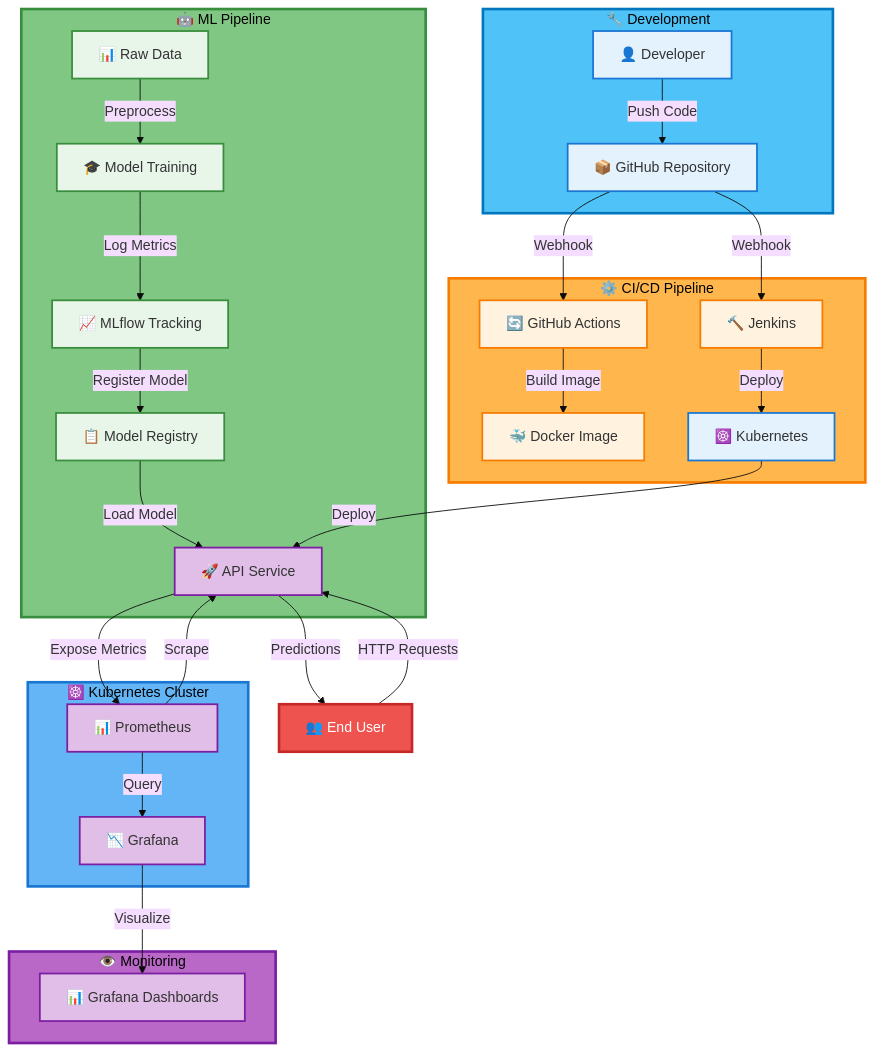
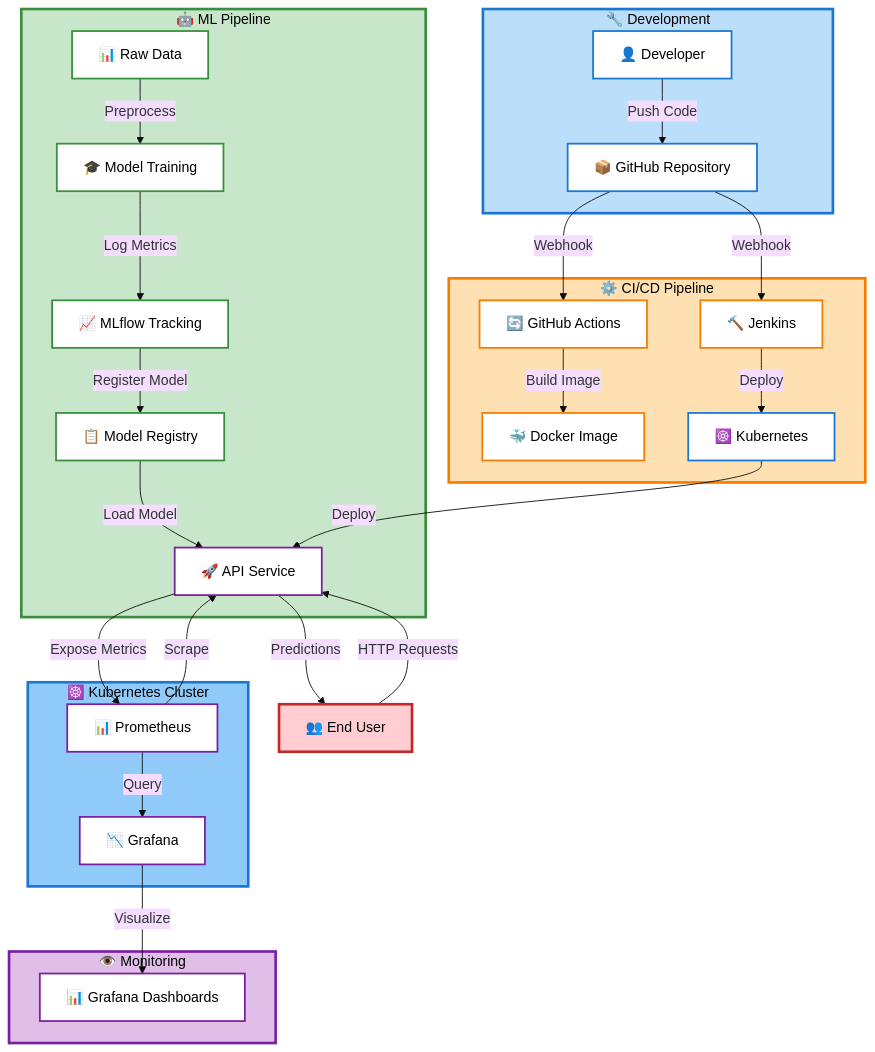
One commit to 2024aa05820/heart-disease-mlops changed the first of 9 diagrams in README.md. Above: the diagram before and after it, drawn with Mermaid (base theme). The commit also changed other lines of this file, not shown here.

First line of the commit message:
Fix Mermaid diagram text visibility - use white backgrounds for nodes

````diff
--- a/README.md
+++ b/README.md
@@ -60,55 +60,55 @@
 ```mermaid
 graph TB
     subgraph DEV_GRP["🔧 Development"]
         DEV["👤 Developer"] -->|Push Code| GIT["📦 GitHub Repository"]
     end
     
     subgraph CICD["⚙️ CI/CD Pipeline"]
         GIT -->|Webhook| GA["🔄 GitHub Actions"]
         GIT -->|Webhook| JEN["🔨 Jenkins"]
         GA -->|Build Image| DOCKER["🐳 Docker Image"]
         JEN -->|Deploy| K8S["☸️ Kubernetes"]
     end
     
     subgraph ML["🤖 ML Pipeline"]
         DATA["📊 Raw Data"] -->|Preprocess| TRAIN["🎓 Model Training"]
         TRAIN -->|Log Metrics| MLFLOW["📈 MLflow Tracking"]
         MLFLOW -->|Register Model| REGISTRY["📋 Model Registry"]
         REGISTRY -->|Load Model| API["🚀 API Service"]
     end
     
     subgraph K8S_GRP["☸️ Kubernetes Cluster"]
         K8S -->|Deploy| API
         API -->|Expose Metrics| PROM["📊 Prometheus"]
         PROM -->|Query| GRAF["📉 Grafana"]
     end
     
     subgraph MON_GRP["👁️ Monitoring"]
         PROM -->|Scrape| API
         GRAF -->|Visualize| DASH["📊 Grafana Dashboards"]
     end
     
     USER["👥 End User"] -->|HTTP Requests| API
     API -->|Predictions| USER
     
-    style DEV_GRP fill:#4FC3F7,stroke:#0277BD,stroke-width:3px,color:#000
-    style CICD fill:#FFB74D,stroke:#F57C00,stroke-width:3px,color:#000
-    style ML fill:#81C784,stroke:#388E3C,stroke-width:3px,color:#000
-    style K8S_GRP fill:#64B5F6,stroke:#1976D2,stroke-width:3px,color:#000
-    style MON_GRP fill:#BA68C8,stroke:#7B1FA2,stroke-width:3px,color:#000
-    style USER fill:#EF5350,stroke:#C62828,stroke-width:3px,color:#FFF
-    style DEV fill:#E3F2FD,stroke:#1976D2,stroke-width:2px
-    style GIT fill:#E3F2FD,stroke:#1976D2,stroke-width:2px
-    style GA fill:#FFF3E0,stroke:#F57C00,stroke-width:2px
-    style JEN fill:#FFF3E0,stroke:#F57C00,stroke-width:2px
-    style DOCKER fill:#FFF3E0,stroke:#F57C00,stroke-width:2px
-    style K8S fill:#E3F2FD,stroke:#1976D2,stroke-width:2px
-    style DATA fill:#E8F5E9,stroke:#388E3C,stroke-width:2px
-    style TRAIN fill:#E8F5E9,stroke:#388E3C,stroke-width:2px
-    style MLFLOW fill:#E8F5E9,stroke:#388E3C,stroke-width:2px
-    style REGISTRY fill:#E8F5E9,stroke:#388E3C,stroke-width:2px
-    style API fill:#E1BEE7,stroke:#7B1FA2,stroke-width:2px
-    style PROM fill:#E1BEE7,stroke:#7B1FA2,stroke-width:2px
-    style GRAF fill:#E1BEE7,stroke:#7B1FA2,stroke-width:2px
-    style DASH fill:#E1BEE7,stroke:#7B1FA2,stroke-width:2px
+    style DEV_GRP fill:#BBDEFB,stroke:#1976D2,stroke-width:3px,color:#000000
+    style CICD fill:#FFE0B2,stroke:#F57C00,stroke-width:3px,color:#000000
+    style ML fill:#C8E6C9,stroke:#388E3C,stroke-width:3px,color:#000000
+    style K8S_GRP fill:#90CAF9,stroke:#1976D2,stroke-width:3px,color:#000000
+    style MON_GRP fill:#E1BEE7,stroke:#7B1FA2,stroke-width:3px,color:#000000
+    style USER fill:#FFCDD2,stroke:#C62828,stroke-width:3px,color:#000000
+    style DEV fill:#FFFFFF,stroke:#1976D2,stroke-width:2px,color:#000000
+    style GIT fill:#FFFFFF,stroke:#1976D2,stroke-width:2px,color:#000000
+    style GA fill:#FFFFFF,stroke:#F57C00,stroke-width:2px,color:#000000
+    style JEN fill:#FFFFFF,stroke:#F57C00,stroke-width:2px,color:#000000
+    style DOCKER fill:#FFFFFF,stroke:#F57C00,stroke-width:2px,color:#000000
+    style K8S fill:#FFFFFF,stroke:#1976D2,stroke-width:2px,color:#000000
+    style DATA fill:#FFFFFF,stroke:#388E3C,stroke-width:2px,color:#000000
+    style TRAIN fill:#FFFFFF,stroke:#388E3C,stroke-width:2px,color:#000000
+    style MLFLOW fill:#FFFFFF,stroke:#388E3C,stroke-width:2px,color:#000000
+    style REGISTRY fill:#FFFFFF,stroke:#388E3C,stroke-width:2px,color:#000000
+    style API fill:#FFFFFF,stroke:#7B1FA2,stroke-width:2px,color:#000000
+    style PROM fill:#FFFFFF,stroke:#7B1FA2,stroke-width:2px,color:#000000
+    style GRAF fill:#FFFFFF,stroke:#7B1FA2,stroke-width:2px,color:#000000
+    style DASH fill:#FFFFFF,stroke:#7B1FA2,stroke-width:2px,color:#000000
 ```
````
